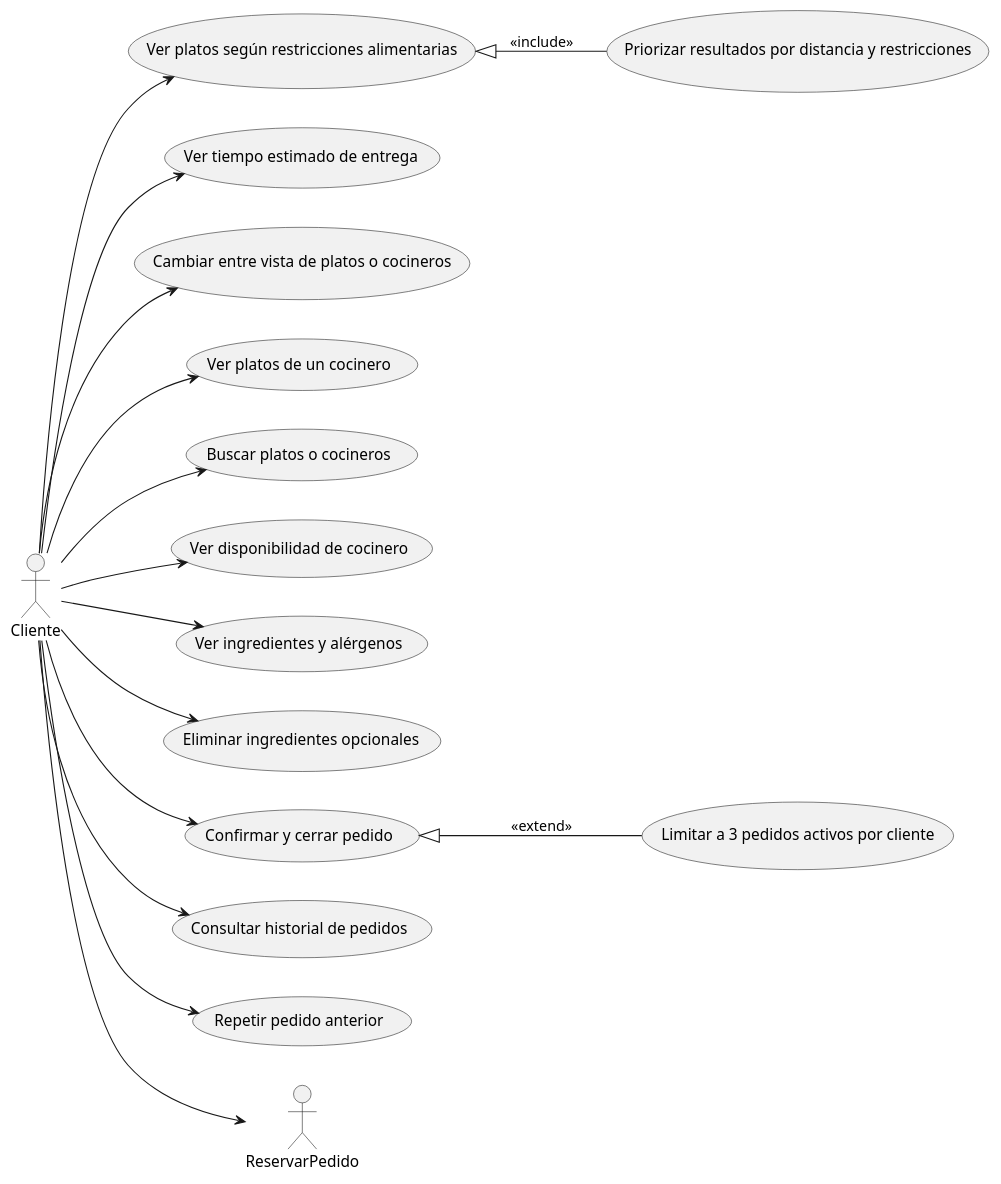
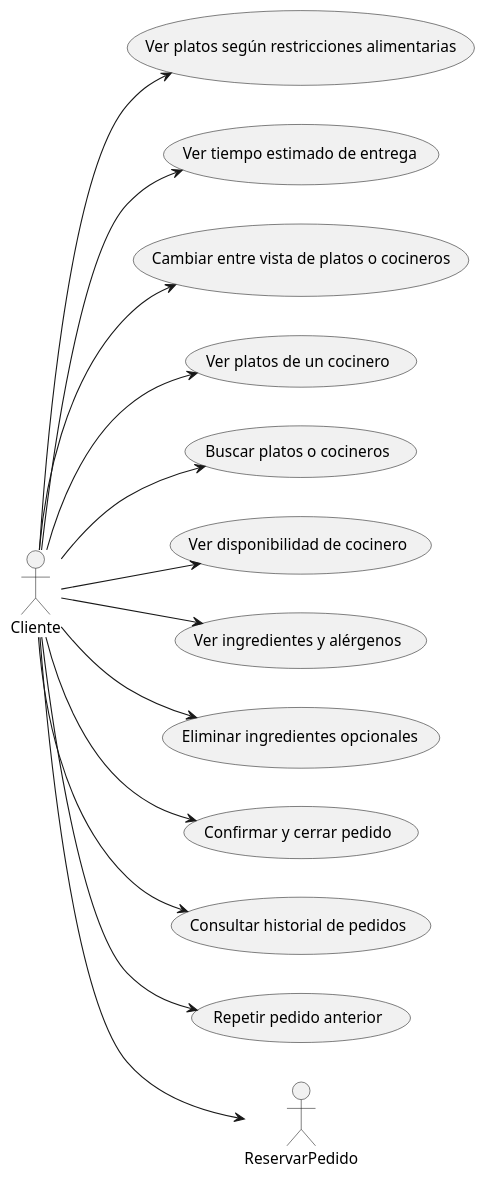
One commit to dabien3/ES25UAB-511-05 changed the diagram in documents/Diagrames Casos d'Us/Code Plantuml/code_bloq2.pUML. Above: the diagram before and after it, drawn with PlantUML.

```diff
--- a/documents/Diagrames Casos d'Us/Code Plantuml/code_bloq2.pUML
+++ b/documents/Diagrames Casos d'Us/Code Plantuml/code_bloq2.pUML
@@ -1,36 +1,32 @@
 @startuml
 left to right direction
 
 actor Cliente
 
 usecase "Ver platos según restricciones alimentarias" as VerPlatosRestricciones
 usecase "Ver tiempo estimado de entrega" as VerTiempoEntrega
 usecase "Cambiar entre vista de platos o cocineros" as CambiarVista
 usecase "Ver platos de un cocinero" as VerPlatosCocinero
 usecase "Buscar platos o cocineros" as Buscar
 usecase "Ver disponibilidad de cocinero" as DisponibilidadCocinero
 usecase "Ver ingredientes y alérgenos" as VerIngredientes
 usecase "Eliminar ingredientes opcionales" as EliminarIngredientes
 usecase "Confirmar y cerrar pedido" as ConfirmarPedido
 usecase "Consultar historial de pedidos" as HistorialPedidos
 usecase "Repetir pedido anterior" as RepetirPedido
 
-usecase "Priorizar resultados por distancia y restricciones" as PriorizarResultados
-usecase "Limitar a 3 pedidos activos por cliente" as LimitarPedidos
 
 Cliente --> VerPlatosRestricciones
 Cliente --> VerTiempoEntrega
 Cliente --> CambiarVista
 Cliente --> VerPlatosCocinero
 Cliente --> Buscar
 Cliente --> DisponibilidadCocinero
 Cliente --> ReservarPedido
 Cliente --> VerIngredientes
 Cliente --> EliminarIngredientes
 Cliente --> ConfirmarPedido
 Cliente --> HistorialPedidos
 Cliente --> RepetirPedido
 
-VerPlatosRestricciones <|-- PriorizarResultados : <<include>>
-ConfirmarPedido <|-- LimitarPedidos : <<extend>>
 @enduml
```
